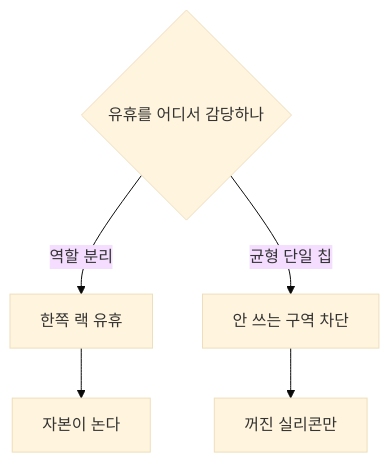
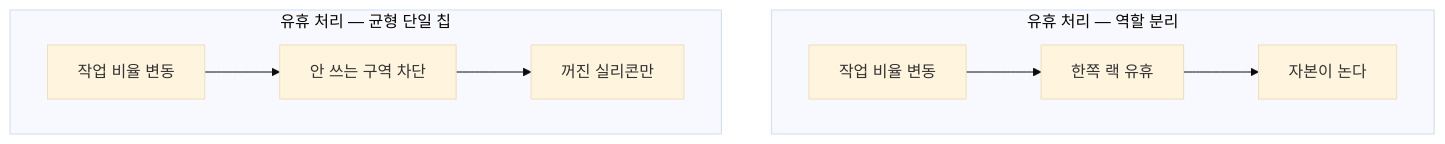
Before and after one commit to yohan4477/semi-report: the fourth of 7 diagrams in insights/frames/exp/2026-08-27-openai-jalapeno-strategy-opus.md, drawn with Mermaid (base theme). The commit also changed other lines of this file and 4 other files, not shown here.

````diff
--- a/insights/frames/exp/2026-08-27-openai-jalapeno-strategy-opus.md
+++ b/insights/frames/exp/2026-08-27-openai-jalapeno-strategy-opus.md
@@ -135,8 +136,11 @@
 ```mermaid
 flowchart TD
-    R{"유휴를 어디서 감당하나"}
-    R -->|역할 분리| R1["한쪽 랙 유휴"]
-    R1 --> R2["자본이 논다"]
-    R -->|균형 단일 칩| B1["안 쓰는 구역 차단"]
-    B1 --> B2["꺼진 실리콘만"]
+    subgraph R["유휴 처리 — 역할 분리"]
+        R1["작업 비율 변동"] --> R2["한쪽 랙 유휴"]
+        R2 --> R3["자본이 논다"]
+    end
+    subgraph B["유휴 처리 — 균형 단일 칩"]
+        B1["작업 비율 변동"] --> B2["안 쓰는 구역 차단"]
+        B2 --> B3["꺼진 실리콘만"]
+    end
 ```
````
